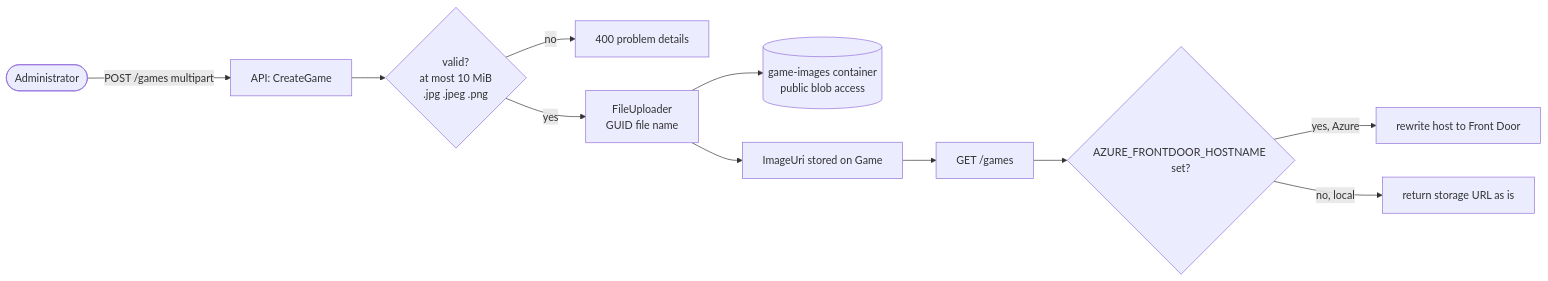
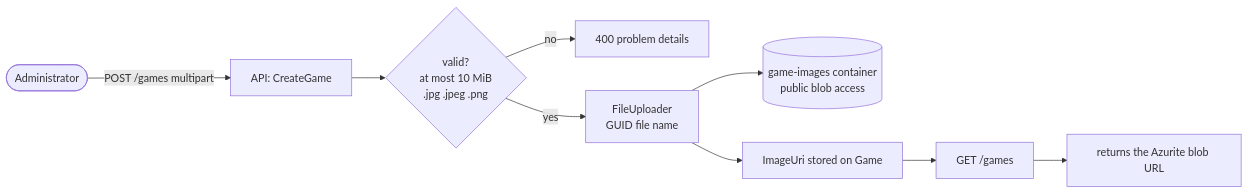
One commit to Axeloooo/GameStore changed the eighth of 12 diagrams in docs/architecture.md. Above: the diagram before and after it, drawn with Mermaid. The commit also changed other lines of this file, not shown here.

Commit message:
docs: Removed the Azure topology and pipeline from the architecture and added the CI workflow

````diff
--- a/docs/architecture.md
+++ b/docs/architecture.md
@@ -299,13 +246,11 @@
 ```mermaid
 flowchart LR
     admin(["Administrator"]) -->|"POST /games multipart"| api["API: CreateGame"]
     api --> v{"valid?<br/>at most 10 MiB<br/>.jpg .jpeg .png"}
     v -->|"no"| bad["400 problem details"]
     v -->|"yes"| up["FileUploader<br/>GUID file name"]
     up --> blob[("game-images container<br/>public blob access")]
     up --> uri["ImageUri stored on Game"]
     uri --> get["GET /games"]
-    get --> cdn{"AZURE_FRONTDOOR_HOSTNAME set?"}
-    cdn -->|"yes, Azure"| fd["rewrite host to Front Door"]
-    cdn -->|"no, local"| raw["return storage URL as is"]
+    get --> raw["returns the Azurite blob URL"]
 ```
````
